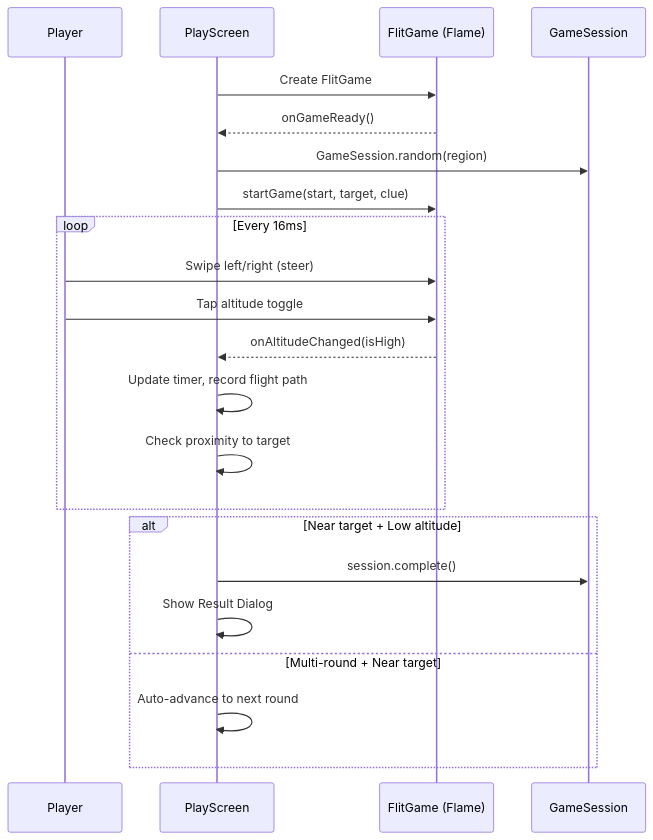
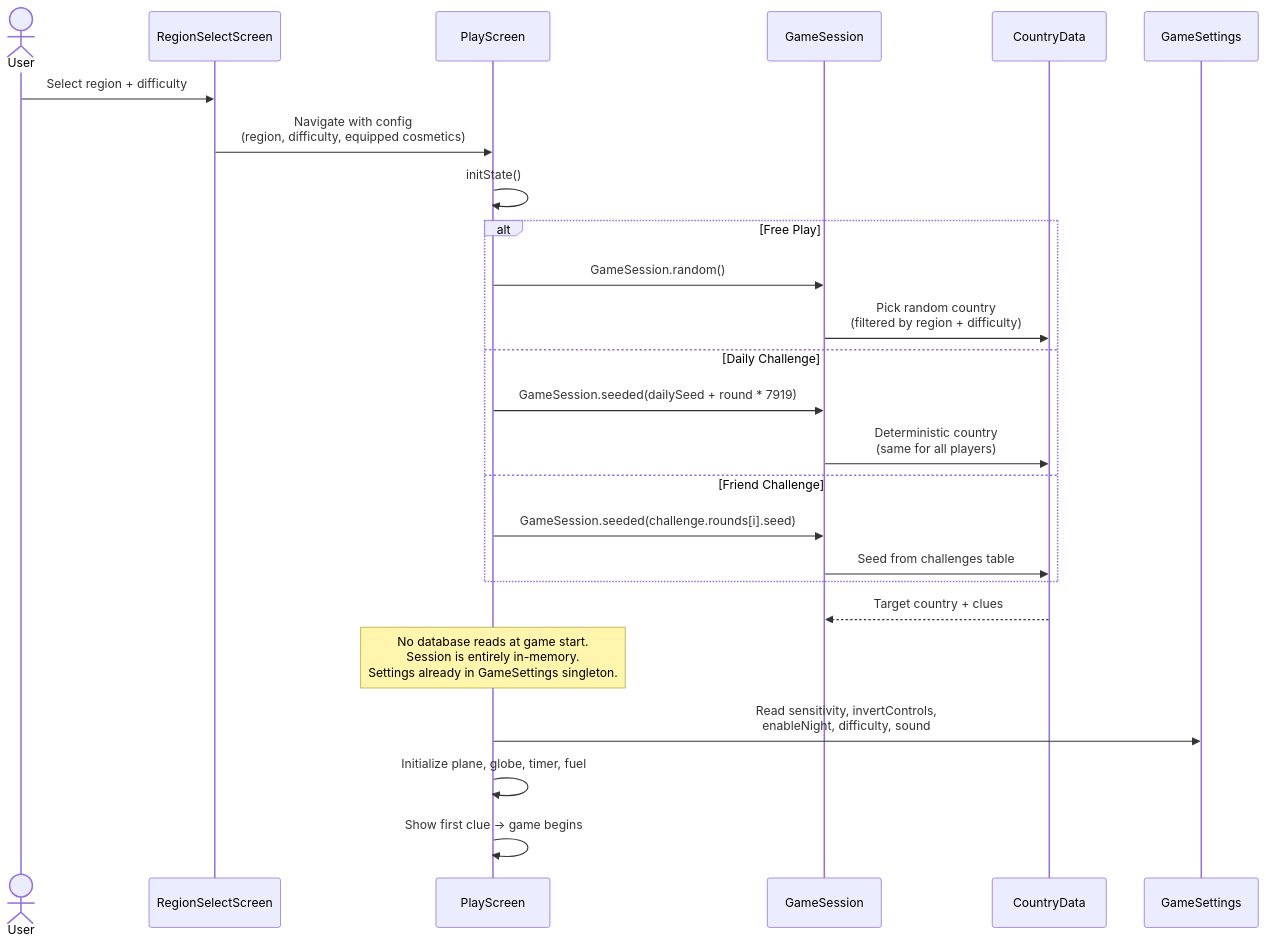
One commit to JamieMBright/flit changed the seventh of 15 diagrams in ARCHITECTURE.md. Above: the diagram before and after it, drawn with Mermaid. The commit also changed other lines of this file, not shown here.

First line of the commit message:
docs: add comprehensive ARCHITECTURE.md with Mermaid flow diagrams

````diff
--- a/ARCHITECTURE.md
+++ b/ARCHITECTURE.md
@@ -112,27 +383,33 @@
 ```mermaid
 sequenceDiagram
-    participant U as Player
-    participant PS as PlayScreen
-    participant FG as FlitGame (Flame)
-    participant GS as GameSession
+    actor User
+    participant RegionSelect as RegionSelectScreen
+    participant PlayScreen
+    participant GameSession
+    participant CountryData
+    participant GameSettings
 
-    PS->>FG: Create FlitGame
-    FG-->>PS: onGameReady()
-    PS->>GS: GameSession.random(region)
-    PS->>FG: startGame(start, target, clue)
+    User->>RegionSelect: Select region + difficulty
+    RegionSelect->>PlayScreen: Navigate with config<br/>(region, difficulty, equipped cosmetics)
 
-    loop Every 16ms
-        U->>FG: Swipe left/right (steer)
-        U->>FG: Tap altitude toggle
-        FG-->>PS: onAltitudeChanged(isHigh)
-        PS->>PS: Update timer, record flight path
-        PS->>PS: Check proximity to target
+    PlayScreen->>PlayScreen: initState()
+
+    alt Free Play
+        PlayScreen->>GameSession: GameSession.random()
+        GameSession->>CountryData: Pick random country<br/>(filtered by region + difficulty)
+    else Daily Challenge
+        PlayScreen->>GameSession: GameSession.seeded(dailySeed + round * 7919)
+        GameSession->>CountryData: Deterministic country<br/>(same for all players)
+    else Friend Challenge
+        PlayScreen->>GameSession: GameSession.seeded(challenge.rounds[i].seed)
+        GameSession->>CountryData: Seed from challenges table
     end
 
-    alt Near target + Low altitude
-        PS->>GS: session.complete()
-        PS->>PS: Show Result Dialog
-    else Multi-round + Near target
-        PS->>PS: Auto-advance to next round
-    end
+    CountryData-->>GameSession: Target country + clues
+
+    Note over PlayScreen: No database reads at game start.<br/>Session is entirely in-memory.<br/>Settings already in GameSettings singleton.
+
+    PlayScreen->>GameSettings: Read sensitivity, invertControls,<br/>enableNight, difficulty, sound
+    PlayScreen->>PlayScreen: Initialize plane, globe, timer, fuel
+    PlayScreen->>PlayScreen: Show first clue → game begins
 ```
````
